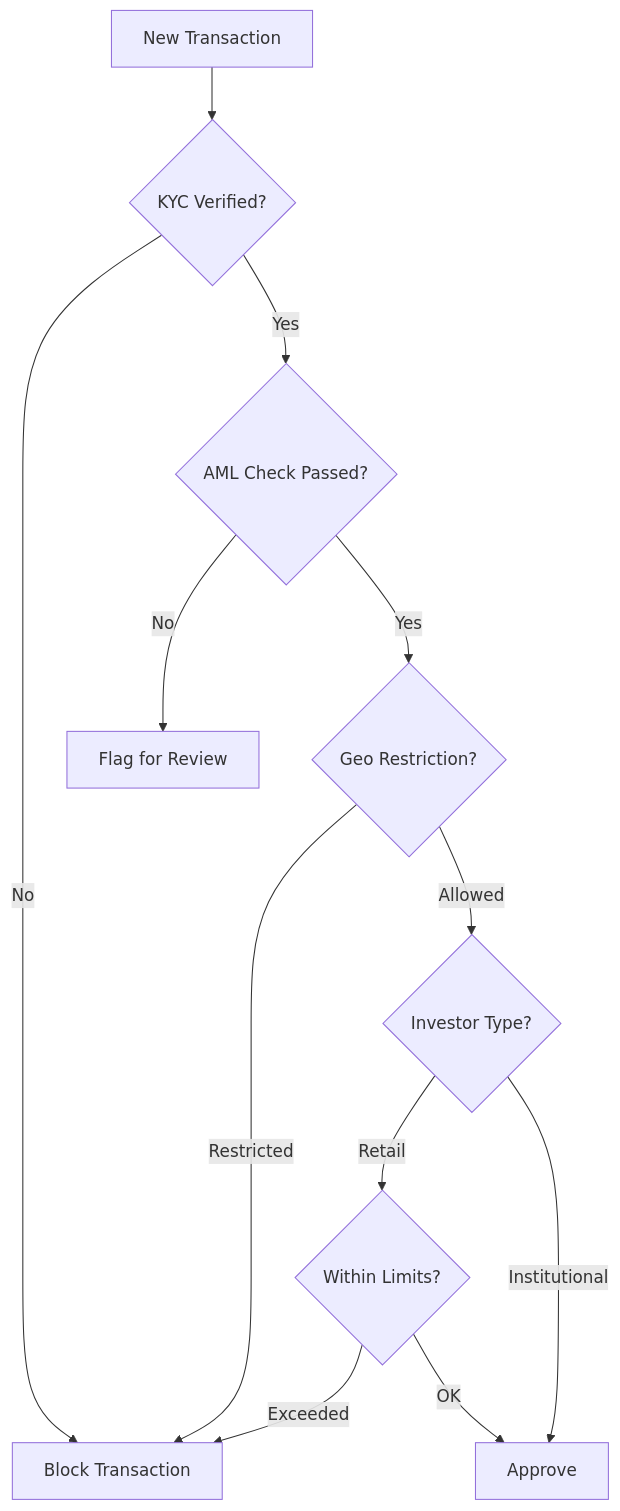
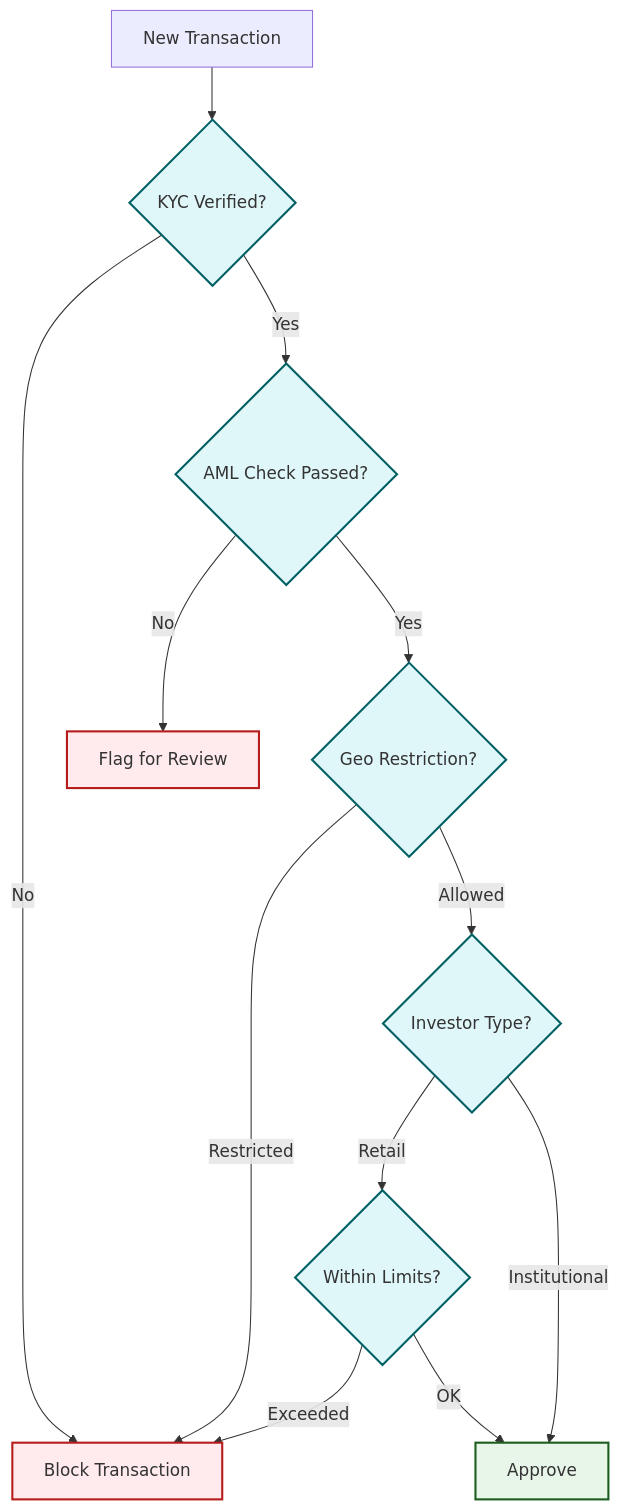
Before and after one commit to MrDecryptDecipher/xrpl-institutional-fund-management: the tenth of 17 diagrams in README.md, drawn with Mermaid. The commit also changed other lines of this file, not shown here.

Commit message:
docs: enhance mermaid diagrams with color and detail

````diff
--- a/README.md
+++ b/README.md
@@ -294,18 +431,23 @@
 ```mermaid
 flowchart TD
-    Tx[New Transaction] --> KYC{KYC Verified?}
-    KYC -- No --> Block[Block Transaction]
-    KYC -- Yes --> AML{AML Check Passed?}
+    %% Styles
+    classDef check fill:#e0f7fa,stroke:#006064,stroke-width:2px;
+    classDef pass fill:#e8f5e9,stroke:#1b5e20,stroke-width:2px;
+    classDef fail fill:#ffebee,stroke:#b71c1c,stroke-width:2px;
+
+    Tx[New Transaction] --> KYC{KYC Verified?}:::check
+    KYC -- No --> Block[Block Transaction]:::fail
+    KYC -- Yes --> AML{AML Check Passed?}:::check
     
-    AML -- No --> Flag[Flag for Review]
-    AML -- Yes --> Geo{Geo Restriction?}
+    AML -- No --> Flag[Flag for Review]:::fail
+    AML -- Yes --> Geo{Geo Restriction?}:::check
     
     Geo -- Restricted --> Block
-    Geo -- Allowed --> InvestorType{Investor Type?}
+    Geo -- Allowed --> InvestorType{Investor Type?}:::check
     
-    InvestorType -- Retail --> Limit{Within Limits?}
-    InvestorType -- Institutional --> Approve[Approve]
+    InvestorType -- Retail --> Limit{Within Limits?}:::check
+    InvestorType -- Institutional --> Approve[Approve]:::pass
     
     Limit -- Exceeded --> Block
     Limit -- OK --> Approve
 ```
````
